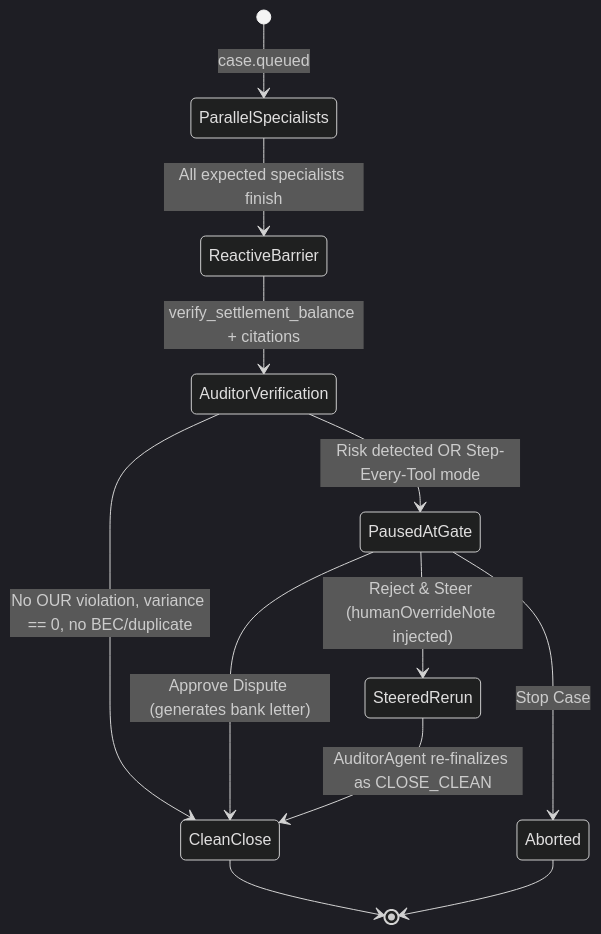
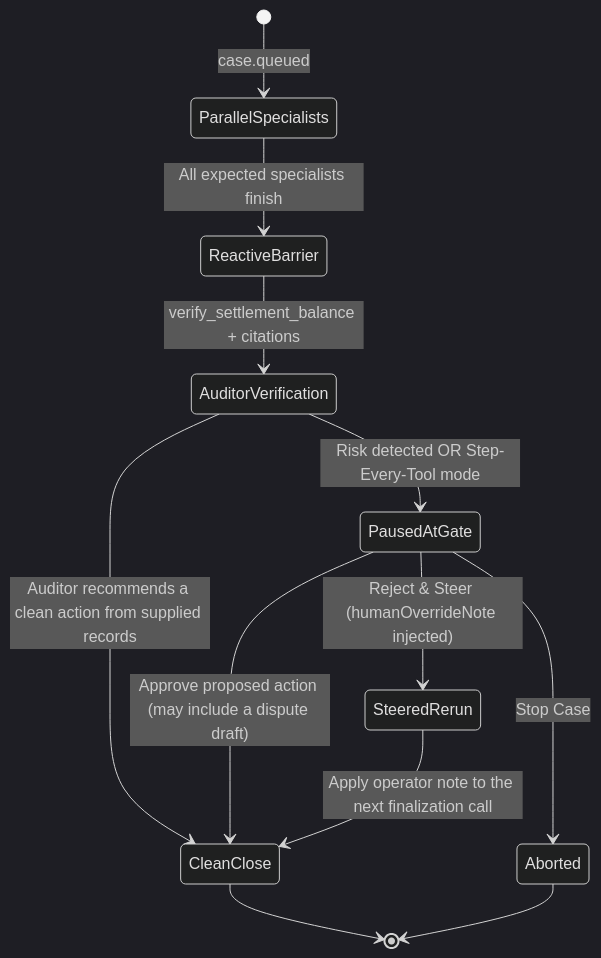
Before and after one commit to sainibhaowal/Corridor-Audit: the diagram in docs/Case Study/04-mozaik-4-plus-1-agents.md, drawn with Mermaid (dark theme). The commit also changed other lines of this file and 13 other files, not shown here.

````diff
--- a/docs/Case Study/04-mozaik-4-plus-1-agents.md
+++ b/docs/Case Study/04-mozaik-4-plus-1-agents.md
@@ -32,14 +32,14 @@
 ```mermaid
 stateDiagram-v2
     [*] --> ParallelSpecialists: case.queued
     ParallelSpecialists --> ReactiveBarrier: All expected specialists finish
     ReactiveBarrier --> AuditorVerification: verify_settlement_balance + citations
-    AuditorVerification --> CleanClose: No OUR violation, variance == 0, no BEC/duplicate
+    AuditorVerification --> CleanClose: Auditor recommends a clean action from supplied records
     AuditorVerification --> PausedAtGate: Risk detected OR Step-Every-Tool mode
-    PausedAtGate --> CleanClose: Approve Dispute (generates bank letter)
+    PausedAtGate --> CleanClose: Approve proposed action (may include a dispute draft)
     PausedAtGate --> SteeredRerun: Reject & Steer (humanOverrideNote injected)
-    SteeredRerun --> CleanClose: AuditorAgent re-finalizes as CLOSE_CLEAN
+    SteeredRerun --> CleanClose: Apply operator note to the next finalization call
     PausedAtGate --> Aborted: Stop Case
     CleanClose --> [*]
     Aborted --> [*]
 ```
````
